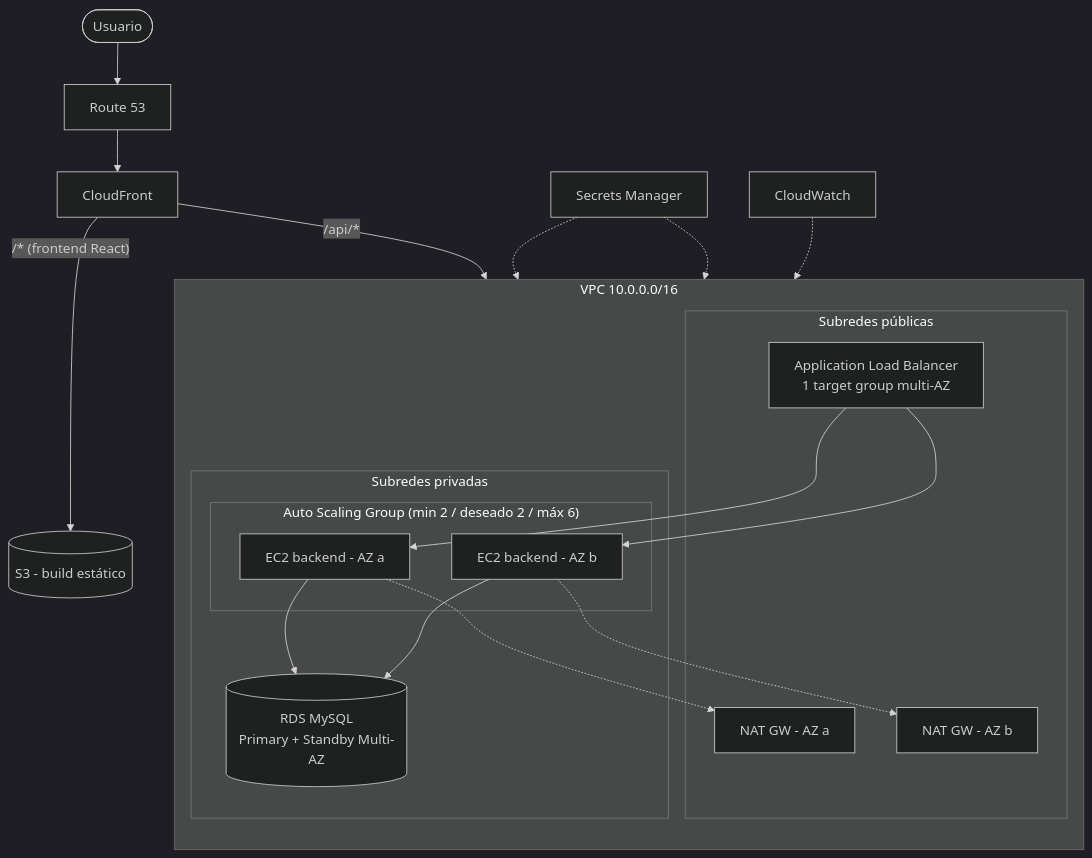
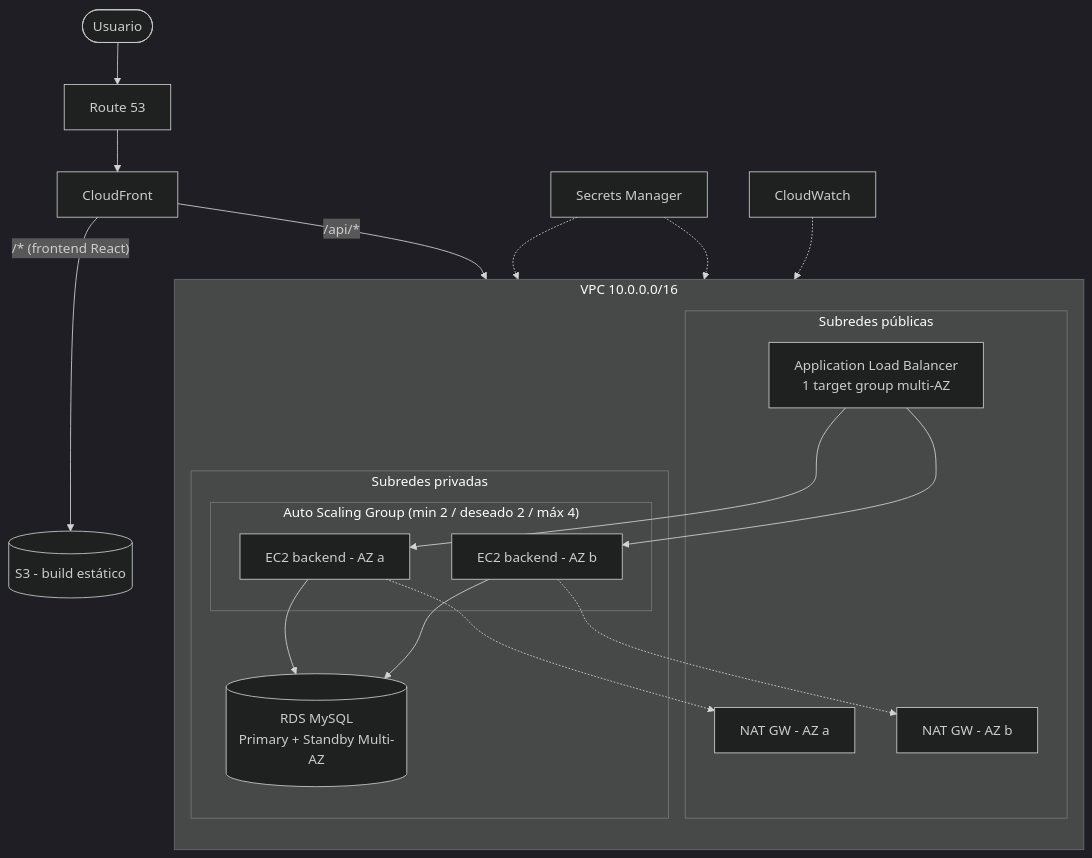
One commit to KathyOtero/project-infra changed the diagram in README.md. Above: the diagram before and after it, drawn with Mermaid (dark theme). The commit also changed other lines of this file and 44 other files, not shown here.

````diff
--- a/README.md
+++ b/README.md
@@ -44,33 +44,33 @@
 ```mermaid
 flowchart TB
     U([Usuario]) --> R53[Route 53]
     R53 --> CF[CloudFront]
     CF -- "/* (frontend React)" --> S3[(S3 - build estático)]
     CF -- "/api/*" --> ALB
 
     subgraph VPC["VPC 10.0.0.0/16"]
         direction TB
         subgraph PUB["Subredes públicas"]
             ALB[Application Load Balancer<br/>1 target group multi-AZ]
             NAT1[NAT GW - AZ a]
             NAT2[NAT GW - AZ b]
         end
         subgraph PRIV["Subredes privadas"]
-            subgraph ASG["Auto Scaling Group (min 2 / deseado 2 / máx 6)"]
+            subgraph ASG["Auto Scaling Group (min 2 / deseado 2 / máx 4)"]
                 EC2A[EC2 backend - AZ a]
                 EC2B[EC2 backend - AZ b]
             end
             RDS[(RDS MySQL<br/>Primary + Standby Multi-AZ)]
         end
     end
 
     ALB --> EC2A
     ALB --> EC2B
     EC2A --> RDS
     EC2B --> RDS
     EC2A -.-> NAT1
     EC2B -.-> NAT2
     SM[Secrets Manager] -.-> EC2A
     SM -.-> EC2B
     CW[CloudWatch] -.-> ASG
 ```
````
